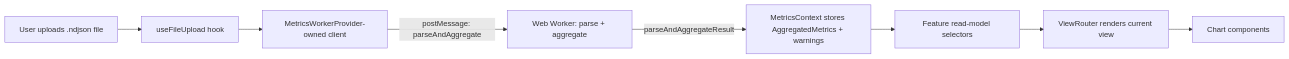
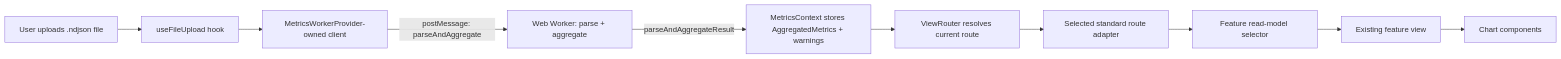
Before and after one commit to asizikov-demos/copilot-user-level-statistics-viewer: the first of 2 diagrams in docs/project-overview.md, drawn with Mermaid. The commit also changed other lines of this file and 7 other files, not shown here.

First line of the commit message:
Add typed standard view routing (#568)

````diff
--- a/docs/project-overview.md
+++ b/docs/project-overview.md
@@ -89,10 +90,12 @@
 ```mermaid
 flowchart LR
   A[User uploads .ndjson file] --> B[useFileUpload hook]
   B --> C[MetricsWorkerProvider-owned client]
   C -->|postMessage: parseAndAggregate| W[Web Worker: parse + aggregate]
   W -->|parseAndAggregateResult| D[MetricsContext stores AggregatedMetrics + warnings]
-  D --> RM[Feature read-model selectors]
-  RM --> E[ViewRouter renders current view]
+  D --> VR[ViewRouter resolves current route]
+  VR --> SR[Selected standard route adapter]
+  SR --> RM[Feature read-model selector]
+  RM --> E[Existing feature view]
   E --> F[Chart components]
 ```
````
